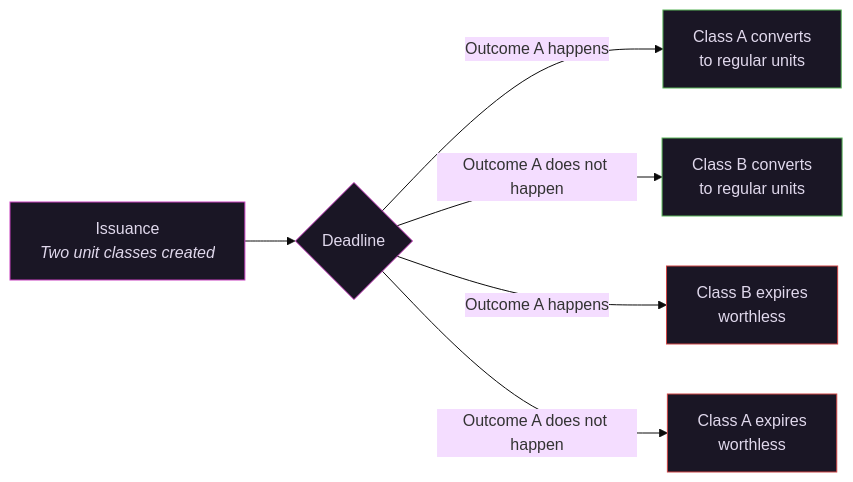
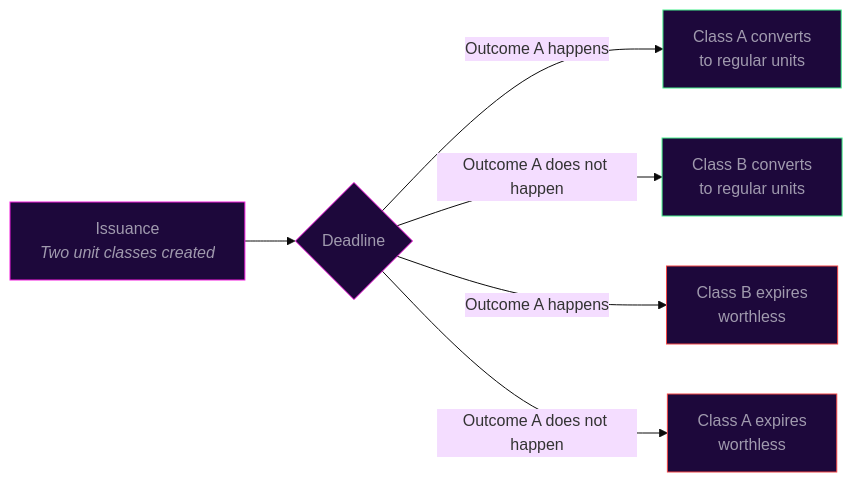
One commit to Vex-Holdings/vex-whitepaper changed the first of 2 diagrams in what-comes-next.md. Above: the diagram before and after it, drawn with Mermaid (base theme). The commit also changed other lines of this file and 7 other files, not shown here.

````diff
--- a/what-comes-next.md
+++ b/what-comes-next.md
@@ -17,15 +17,15 @@
 ```mermaid
 graph LR
     A["Issuance<br/><i>Two unit classes created</i>"] --> B{"Deadline"}
     B -->|"Outcome A happens"| C["Class A converts<br/>to regular units"]
     B -->|"Outcome A does not happen"| D["Class B converts<br/>to regular units"]
     B -->|"Outcome A happens"| E["Class B expires<br/>worthless"]
     B -->|"Outcome A does not happen"| F["Class A expires<br/>worthless"]
 
-    style A fill:#1a1625,stroke:#c840c0,color:#e0d8ec
-    style B fill:#1a1625,stroke:#c840c0,color:#e0d8ec
-    style C fill:#1a1625,stroke:#59b359,color:#e0d8ec
-    style D fill:#1a1625,stroke:#59b359,color:#e0d8ec
-    style E fill:#1a1625,stroke:#cc4444,color:#e0d8ec
-    style F fill:#1a1625,stroke:#cc4444,color:#e0d8ec
+    style A fill:#1D083B,stroke:#F21DDD,color:#a09aae
+    style B fill:#1D083B,stroke:#F21DDD,color:#a09aae
+    style C fill:#1D083B,stroke:#45F08C,color:#a09aae
+    style D fill:#1D083B,stroke:#45F08C,color:#a09aae
+    style E fill:#1D083B,stroke:#F04545,color:#a09aae
+    style F fill:#1D083B,stroke:#F04545,color:#a09aae
 ```
````
